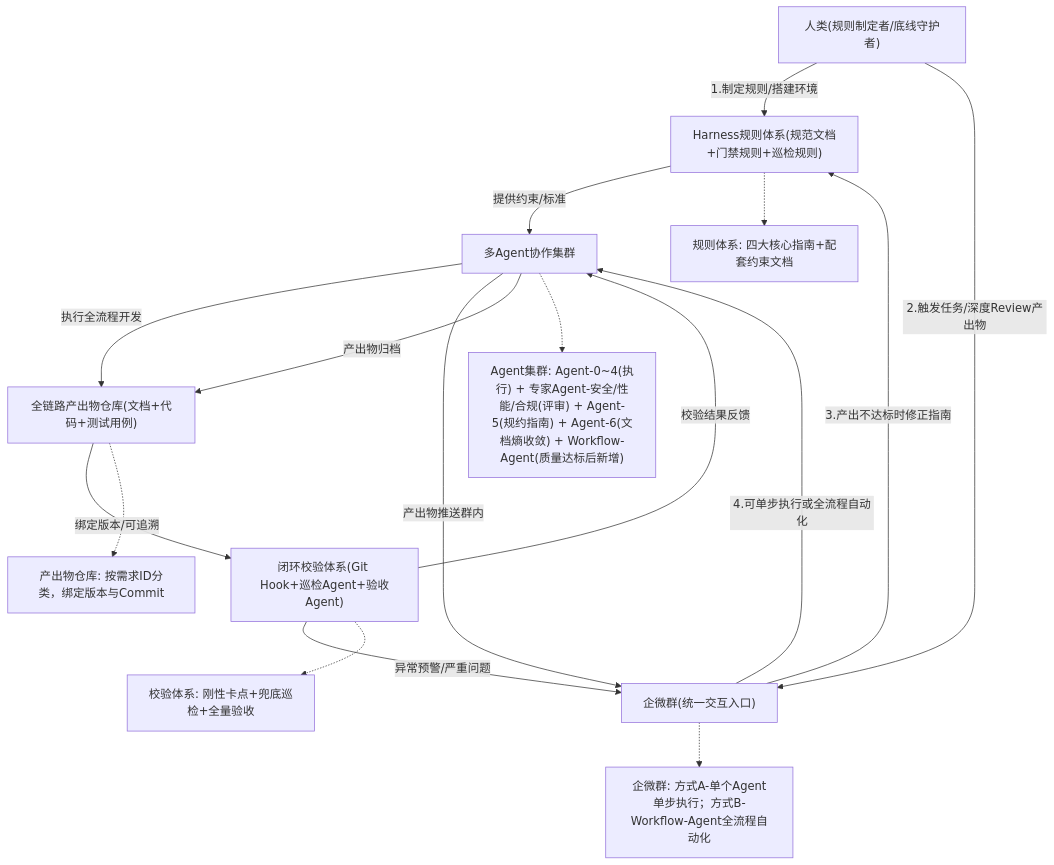
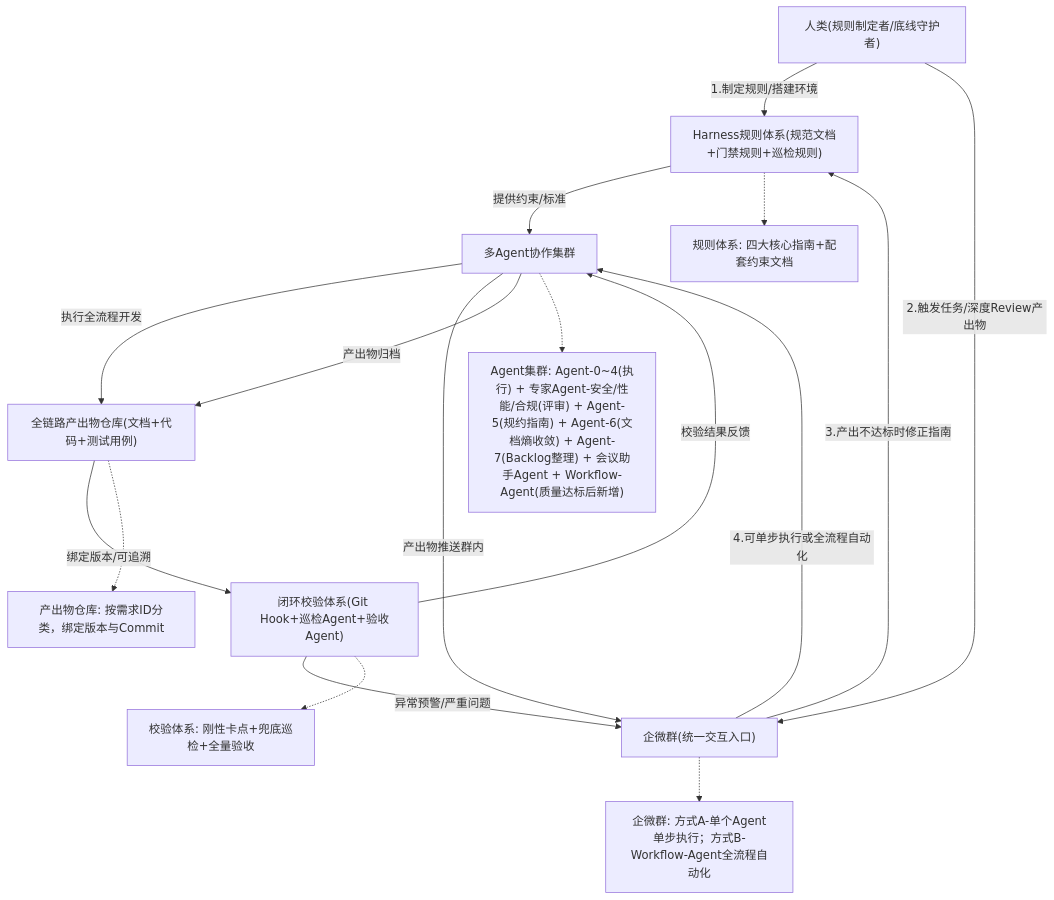
One commit to nomand-zc/agent-harness-engineering changed the diagram in docs/overview.md. Above: the diagram before and after it, drawn with Mermaid. The commit also changed other lines of this file and 15 other files, not shown here.

````diff
--- a/docs/overview.md
+++ b/docs/overview.md
@@ -34,26 +34,26 @@
 ```mermaid
 graph TD
     A["人类(规则制定者/底线守护者)"] -->|"1.制定规则/搭建环境"| B["Harness规则体系(规范文档+门禁规则+巡检规则)"]
     A -->|"2.触发任务/深度Review产出物"| F["企微群(统一交互入口)"]
     F -->|"3.产出不达标时修正指南"| B
     F -->|"4.可单步执行或全流程自动化"| C["多Agent协作集群"]
     B -->|"提供约束/标准"| C
     C -->|"执行全流程开发"| D["全链路产出物仓库(文档+代码+测试用例)"]
     C -->|"产出物推送群内"| F
     D -->|"绑定版本/可追溯"| E["闭环校验体系(Git Hook+巡检Agent+验收Agent)"]
     E -->|"校验结果反馈"| C
     E -->|"异常预警/严重问题"| F
     C -->|"产出物归档"| D
 
     note1["规则体系: 四大核心指南+配套约束文档"]
-    note2["Agent集群: Agent-0~4(执行) + 专家Agent-安全/性能/合规(评审) + Agent-5(规约指南) + Agent-6(文档熵收敛) + Workflow-Agent(质量达标后新增)"]
+    note2["Agent集群: Agent-0~4(执行) + 专家Agent-安全/性能/合规(评审) + Agent-5(规约指南) + Agent-6(文档熵收敛) + Agent-7(Backlog整理) + 会议助手Agent + Workflow-Agent(质量达标后新增)"]
     note3["产出物仓库: 按需求ID分类，绑定版本与Commit"]
     note4["校验体系: 刚性卡点+兜底巡检+全量验收"]
     note5["企微群: 方式A-单个Agent单步执行；方式B-Workflow-Agent全流程自动化"]
 
     B -.-> note1
     C -.-> note2
     D -.-> note3
     E -.-> note4
     F -.-> note5
 ```
````
